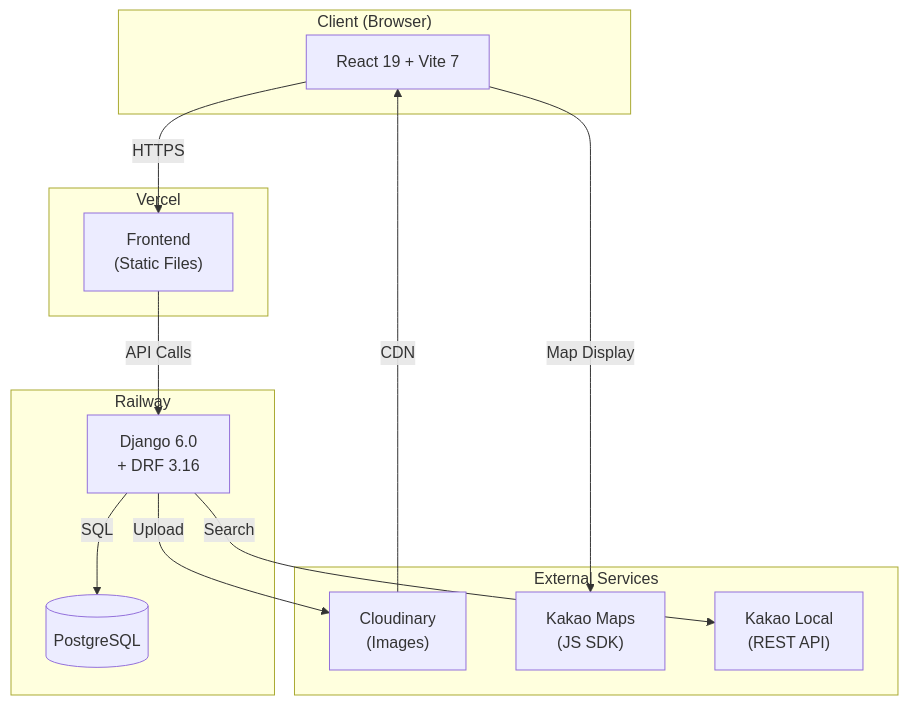
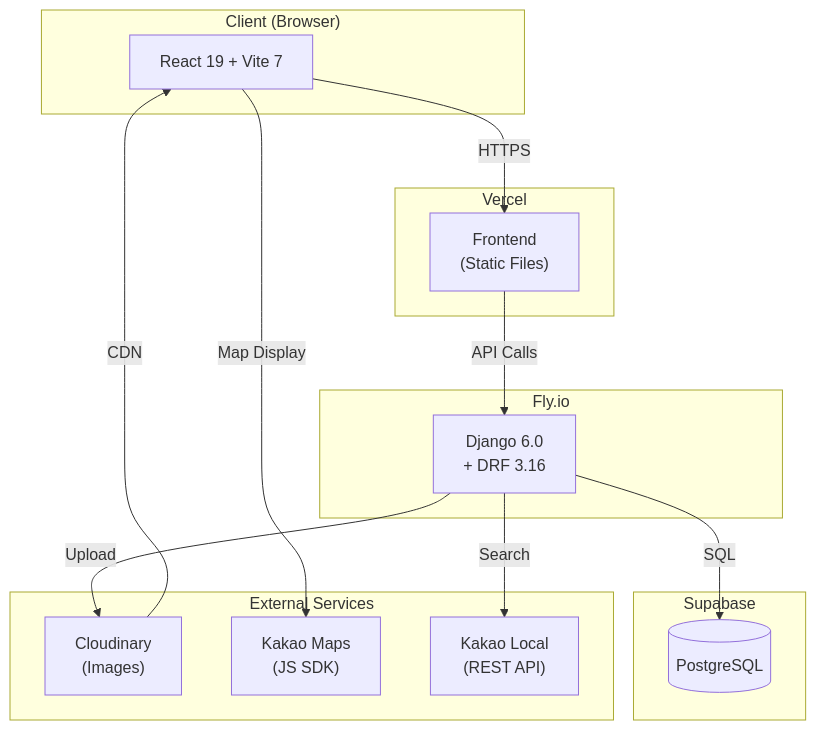
One commit to diego-choi/delicious-bingo changed the diagram in README.md. Above: the diagram before and after it, drawn with Mermaid. The commit also changed other lines of this file and 1 other file, not shown here.

First line of the commit message:
Docs: README.md, CLAUDE.md에 Fly.io + Supabase 마이그레이션 반영

````diff
--- a/README.md
+++ b/README.md
@@ -20,29 +20,32 @@
 ```mermaid
 flowchart TB
     subgraph Client["Client (Browser)"]
         React["React 19 + Vite 7"]
     end
 
     subgraph Vercel["Vercel"]
         Frontend["Frontend<br/>(Static Files)"]
     end
 
-    subgraph Railway["Railway"]
+    subgraph FlyIo["Fly.io"]
         Backend["Django 6.0<br/>+ DRF 3.16"]
+    end
+
+    subgraph Supabase["Supabase"]
         DB[(PostgreSQL)]
     end
 
     subgraph External["External Services"]
         Cloudinary["Cloudinary<br/>(Images)"]
         KakaoMap["Kakao Maps<br/>(JS SDK)"]
         KakaoLocal["Kakao Local<br/>(REST API)"]
     end
 
     React -->|HTTPS| Frontend
     Frontend -->|API Calls| Backend
     Backend -->|SQL| DB
     Backend -->|Upload| Cloudinary
     Backend -->|Search| KakaoLocal
     React -->|Map Display| KakaoMap
     Cloudinary -->|CDN| React
 ```
````
